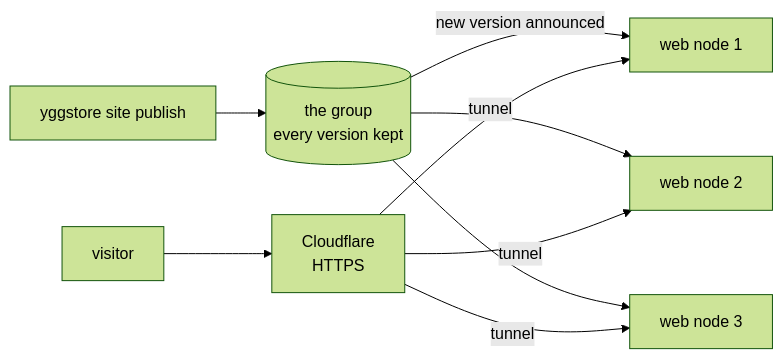
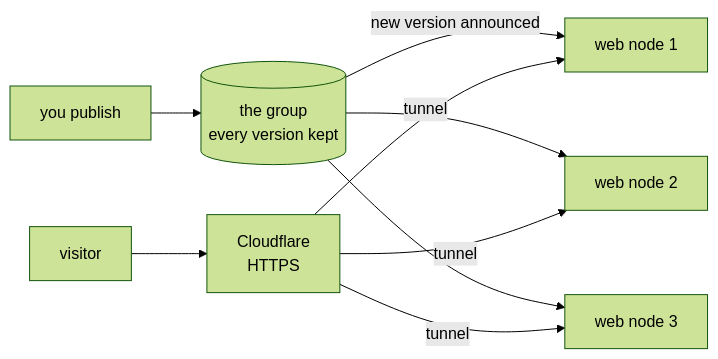
Before and after one commit to peterretief/yggstore: the diagram in docs/sites.md, drawn with Mermaid (forest theme). The commit also changed other lines of this file and 5 other files, not shown here.

````diff
--- a/docs/sites.md
+++ b/docs/sites.md
@@ -7,9 +7,9 @@
 ```mermaid
 flowchart LR
-  You["yggstore site publish"] --> G[("the group<br/>every version kept")]
+  You["you publish"] --> G[("the group<br/>every version kept")]
   G -- "new version announced" --> W1["web node 1"]
   G --> W2["web node 2"]
   G --> W3["web node 3"]
   V["visitor"] --> CF["Cloudflare<br/>HTTPS"]
   CF -- "tunnel" --> W1 & W2 & W3
 ```
````
